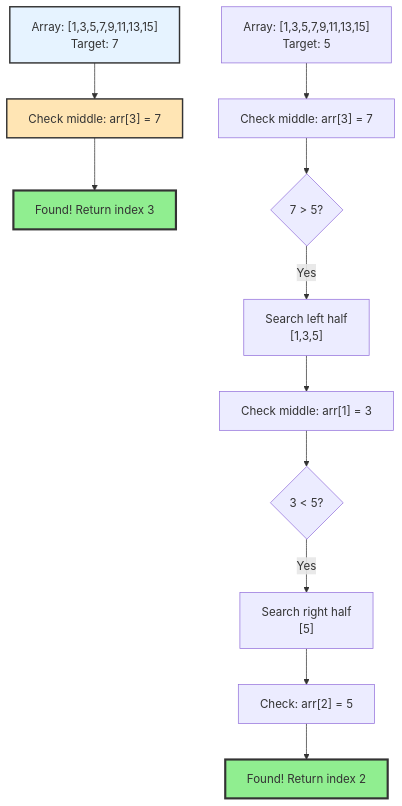
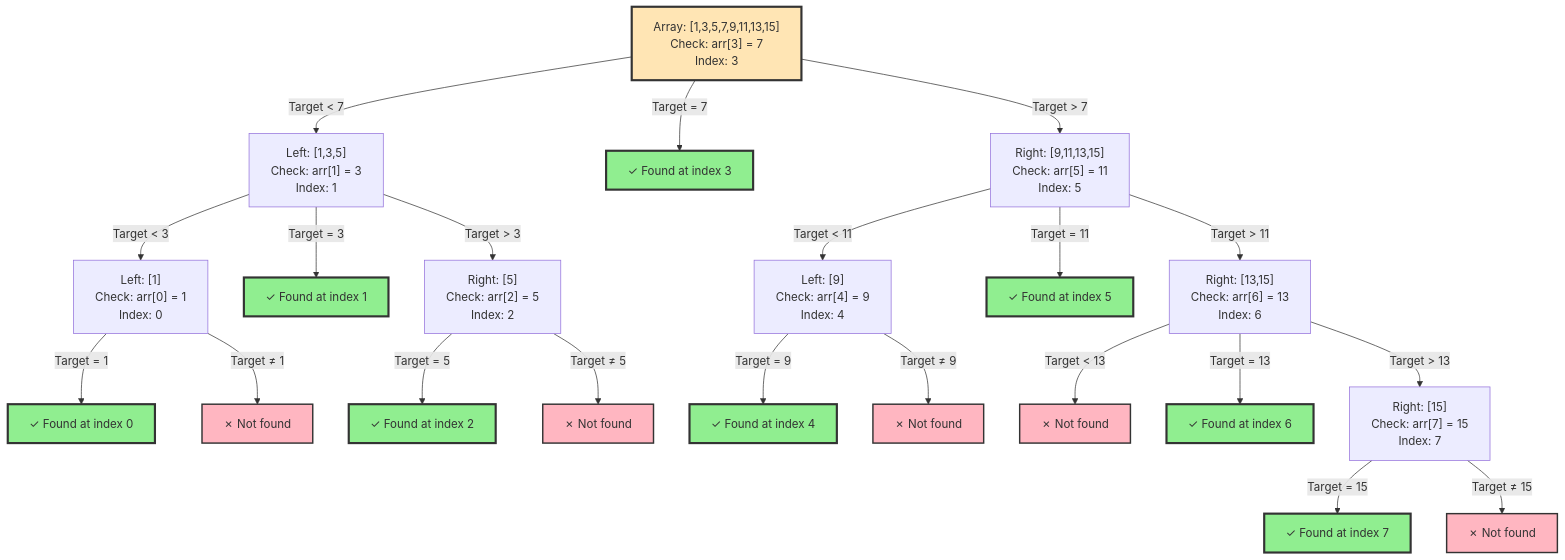
One commit to sb2k16/data-structures-book changed the third of 3 diagrams in chapters/02-complexity-analysis.md. Above: the diagram before and after it, drawn with Mermaid. The commit also changed other lines of this file, not shown here.

Commit message:
Enhance Binary Search visualization with tree structure
- Replace flowchart-style diagram with decision tree visualization
- Show complete binary search tree for array [1,3,5,7,9,11,13,15]
- Include all possible search paths (left/right branches)
- Show found (✓) and not found (✗) leaf nodes
- Add tree structure explanation
- Include example search paths with comparison counts
- Highlight key insight about O(log n) height

````diff
--- a/chapters/02-complexity-analysis.md
+++ b/chapters/02-complexity-analysis.md
@@ -142,19 +144,47 @@
 ```mermaid
 graph TD
-    Start["Array: [1,3,5,7,9,11,13,15]<br/>Target: 7"] --> Check1["Check middle: arr[3] = 7"]
-    Check1 --> Found["Found! Return index 3"]
+    Root["Array: [1,3,5,7,9,11,13,15]<br/>Check: arr[3] = 7<br/>Index: 3"]
     
-    Start2["Array: [1,3,5,7,9,11,13,15]<br/>Target: 5"] --> Check2["Check middle: arr[3] = 7"]
-    Check2 --> Compare1{7 > 5?}
-    Compare1 -->|Yes| Left1["Search left half<br/>[1,3,5]"]
-    Left1 --> Check3["Check middle: arr[1] = 3"]
-    Check3 --> Compare2{3 < 5?}
-    Compare2 -->|Yes| Right1["Search right half<br/>[5]"]
-    Right1 --> Check4["Check: arr[2] = 5"]
-    Check4 --> Found2["Found! Return index 2"]
+    Root -->|Target < 7| Left1["Left: [1,3,5]<br/>Check: arr[1] = 3<br/>Index: 1"]
+    Root -->|Target = 7| Found1["✓ Found at index 3"]
+    Root -->|Target > 7| Right1["Right: [9,11,13,15]<br/>Check: arr[5] = 11<br/>Index: 5"]
     
-    style Start fill:#E6F3FF,stroke:#333,stroke-width:2px
-    style Check1 fill:#FFE5B4,stroke:#333,stroke-width:2px
-    style Found fill:#90EE90,stroke:#333,stroke-width:3px
+    Left1 -->|Target < 3| Left2["Left: [1]<br/>Check: arr[0] = 1<br/>Index: 0"]
+    Left1 -->|Target = 3| Found2["✓ Found at index 1"]
+    Left1 -->|Target > 3| Right2["Right: [5]<br/>Check: arr[2] = 5<br/>Index: 2"]
+    
+    Right1 -->|Target < 11| Left3["Left: [9]<br/>Check: arr[4] = 9<br/>Index: 4"]
+    Right1 -->|Target = 11| Found3["✓ Found at index 5"]
+    Right1 -->|Target > 11| Right3["Right: [13,15]<br/>Check: arr[6] = 13<br/>Index: 6"]
+    
+    Left2 -->|Target = 1| Found4["✓ Found at index 0"]
+    Left2 -->|Target ≠ 1| NotFound1["✗ Not found"]
+    
+    Right2 -->|Target = 5| Found5["✓ Found at index 2"]
+    Right2 -->|Target ≠ 5| NotFound2["✗ Not found"]
+    
+    Left3 -->|Target = 9| Found6["✓ Found at index 4"]
+    Left3 -->|Target ≠ 9| NotFound3["✗ Not found"]
+    
+    Right3 -->|Target < 13| NotFound4["✗ Not found"]
+    Right3 -->|Target = 13| Found7["✓ Found at index 6"]
+    Right3 -->|Target > 13| Right4["Right: [15]<br/>Check: arr[7] = 15<br/>Index: 7"]
+    
+    Right4 -->|Target = 15| Found8["✓ Found at index 7"]
+    Right4 -->|Target ≠ 15| NotFound5["✗ Not found"]
+    
+    style Root fill:#FFE5B4,stroke:#333,stroke-width:3px
+    style Found1 fill:#90EE90,stroke:#333,stroke-width:3px
     style Found2 fill:#90EE90,stroke:#333,stroke-width:3px
+    style Found3 fill:#90EE90,stroke:#333,stroke-width:3px
+    style Found4 fill:#90EE90,stroke:#333,stroke-width:3px
+    style Found5 fill:#90EE90,stroke:#333,stroke-width:3px
+    style Found6 fill:#90EE90,stroke:#333,stroke-width:3px
+    style Found7 fill:#90EE90,stroke:#333,stroke-width:3px
+    style Found8 fill:#90EE90,stroke:#333,stroke-width:3px
+    style NotFound1 fill:#FFB6C1,stroke:#333,stroke-width:2px
+    style NotFound2 fill:#FFB6C1,stroke:#333,stroke-width:2px
+    style NotFound3 fill:#FFB6C1,stroke:#333,stroke-width:2px
+    style NotFound4 fill:#FFB6C1,stroke:#333,stroke-width:2px
+    style NotFound5 fill:#FFB6C1,stroke:#333,stroke-width:2px
 ```
````
